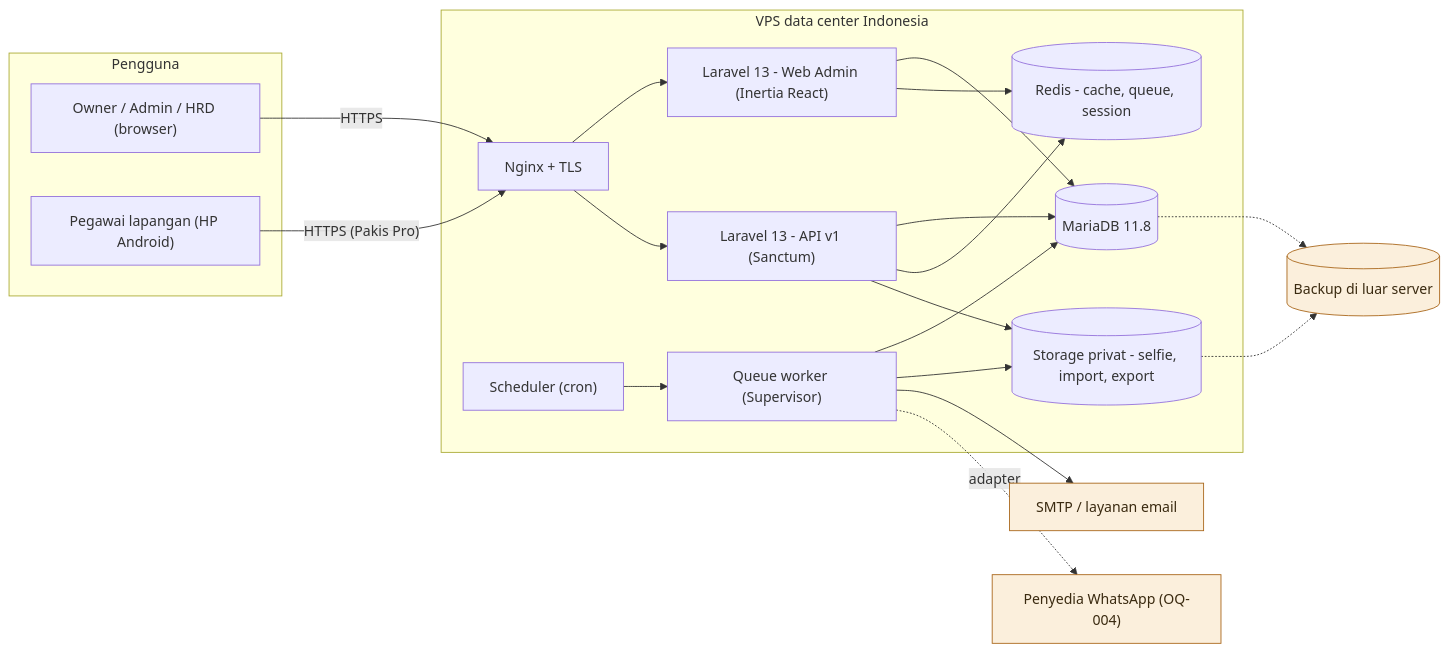
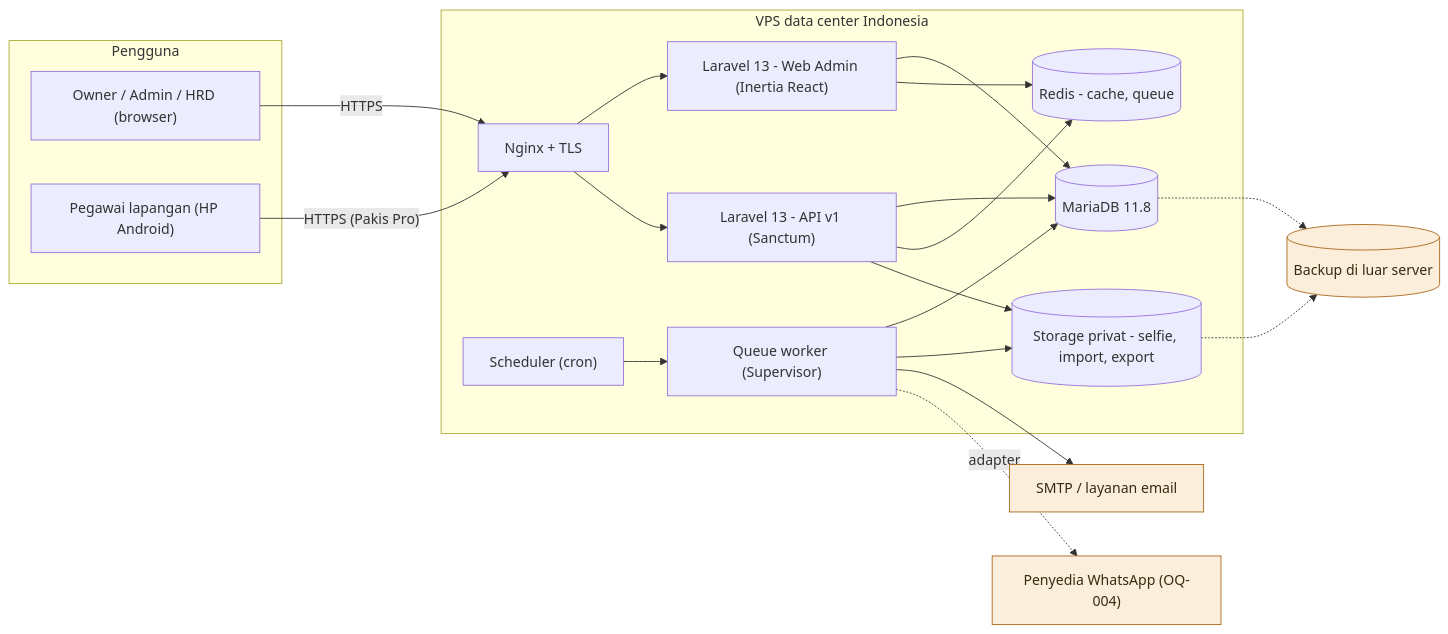
Before and after one commit to masyasin/pakis: the first of 3 diagrams in docs/03-ARCHITECTURE.md, drawn with Mermaid. The commit also changed other lines of this file and 56 other files, not shown here.

````diff
--- a/docs/03-ARCHITECTURE.md
+++ b/docs/03-ARCHITECTURE.md
@@ -9,38 +9,38 @@
 ```mermaid
 flowchart LR
   subgraph Pengguna
     ADM["Owner / Admin / HRD (browser)"]
     PEG["Pegawai lapangan (HP Android)"]
   end
   subgraph VPS["VPS data center Indonesia"]
     NGX["Nginx + TLS"]
     WEB["Laravel 13 - Web Admin (Inertia React)"]
     API["Laravel 13 - API v1 (Sanctum)"]
     WRK["Queue worker (Supervisor)"]
     SCH["Scheduler (cron)"]
     DB[("MariaDB 11.8")]
-    RDS[("Redis - cache, queue, session")]
+    RDS[("Redis - cache, queue")]
     STG[("Storage privat - selfie, import, export")]
   end
   MAIL["SMTP / layanan email"]
   WA["Penyedia WhatsApp (OQ-004)"]
   BAK[("Backup di luar server")]
   ADM -->|HTTPS| NGX
   PEG -->|"HTTPS (Pakis Pro)"| NGX
   NGX --> WEB
   NGX --> API
   WEB --> DB
   API --> DB
   WEB --> RDS
   API --> RDS
   WRK --> DB
   WRK --> STG
   API --> STG
   WRK --> MAIL
   WRK -.->|adapter| WA
   SCH --> WRK
   DB -.-> BAK
   STG -.-> BAK
   classDef ext fill:#FBEFDC,stroke:#A9661A,color:#3a2a10
   class MAIL,WA,BAK ext
 ```
````
